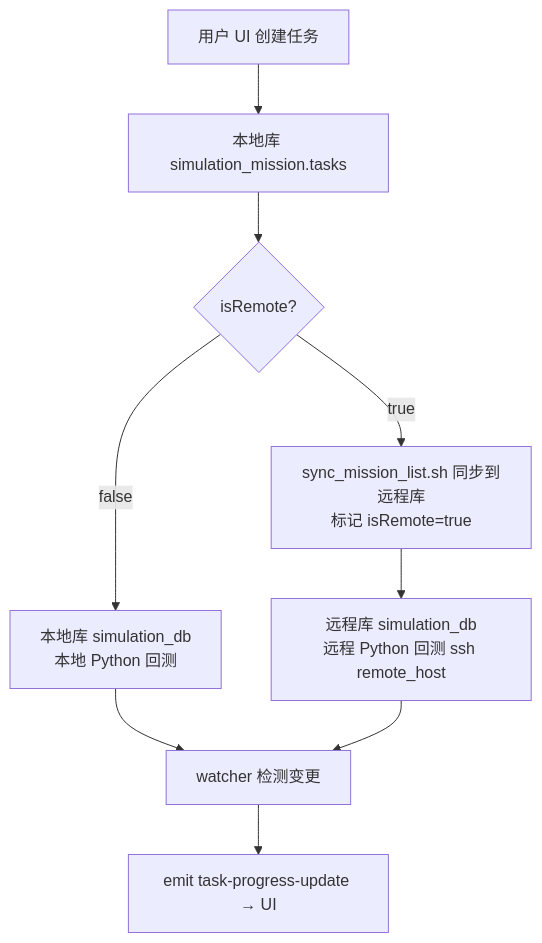
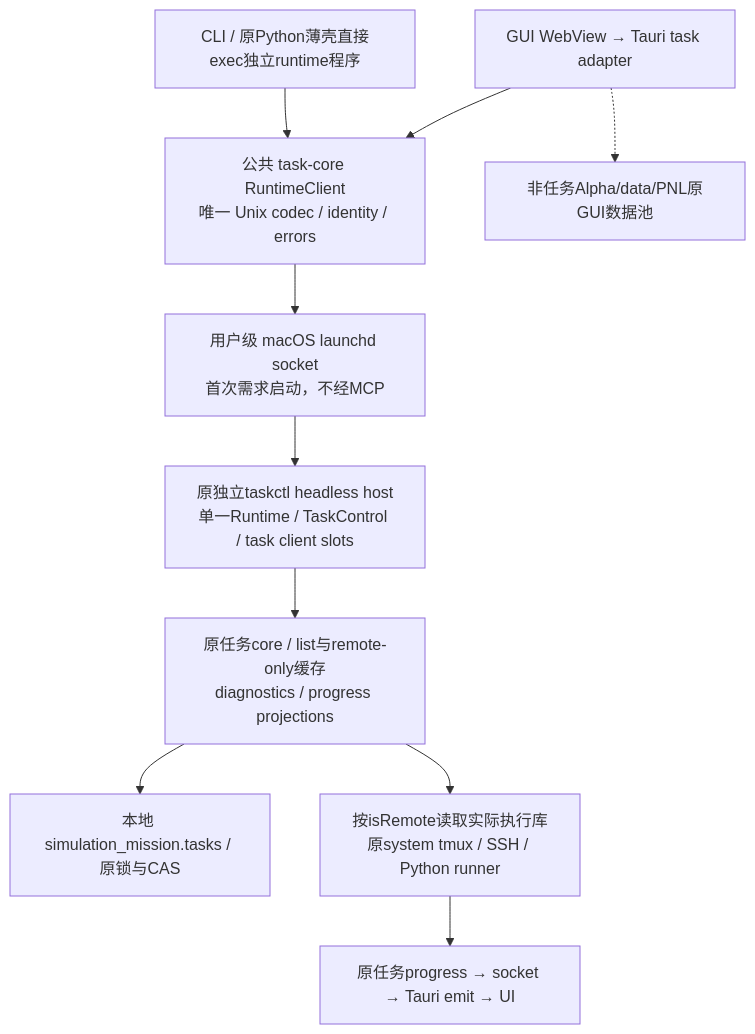
One commit to roshameow/quantnight-frontend changed the diagram in docs/architecture.zh.md. Above: the diagram before and after it, drawn with Mermaid. The commit also changed other lines of this file and 78 other files, not shown here.

First line of the commit message:
feat(task-control): share persistent runtime between GUI and CLI

````diff
--- a/docs/architecture.zh.md
+++ b/docs/architecture.zh.md
@@ -30,11 +34,12 @@
 ```mermaid
 graph TD
-    A[用户 UI 创建任务] --> B[本地库 simulation_mission.tasks]
-    B --> C{isRemote?}
-    C -- false --> D[本地库 simulation_db<br/>本地 Python 回测]
-    C -- true --> E[sync_mission_list.sh 同步到远程库<br/>标记 isRemote=true]
-    E --> F[远程库 simulation_db<br/>远程 Python 回测 ssh remote_host]
-    D --> G[watcher 检测变更]
-    F --> G
-    G --> H[emit task-progress-update → UI]
+    UI["GUI WebView → Tauri task adapter"] --> C["公共 task-core RuntimeClient<br/>唯一 Unix codec / identity / errors"]
+    CLI["CLI / 原Python薄壳直接exec独立runtime程序"] --> C
+    C --> S["用户级 macOS launchd socket<br/>首次需求启动，不经MCP"]
+    S --> H["原独立taskctl headless host<br/>单一Runtime / TaskControl / task client slots"]
+    H --> T["原任务core / list与remote-only缓存<br/>diagnostics / progress projections"]
+    T --> B["本地 simulation_mission.tasks / 原锁与CAS"]
+    T --> E["按isRemote读取实际执行库<br/>原system tmux / SSH / Python runner"]
+    E --> P["原任务progress → socket → Tauri emit → UI"]
+    UI -.-> N["非任务Alpha/data/PNL原GUI数据池"]
 ```
````
